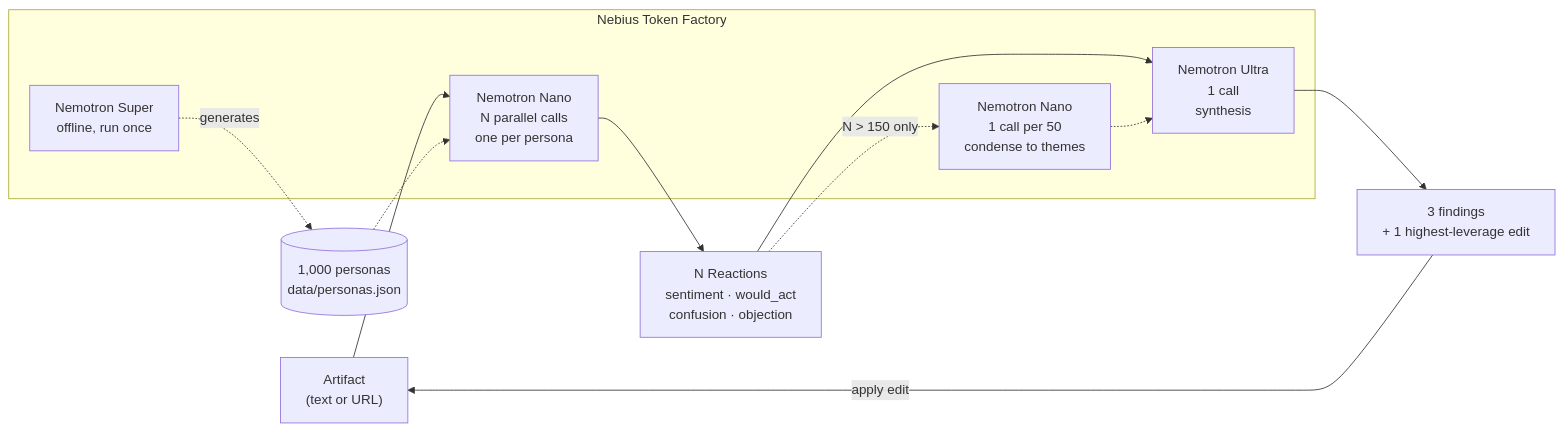
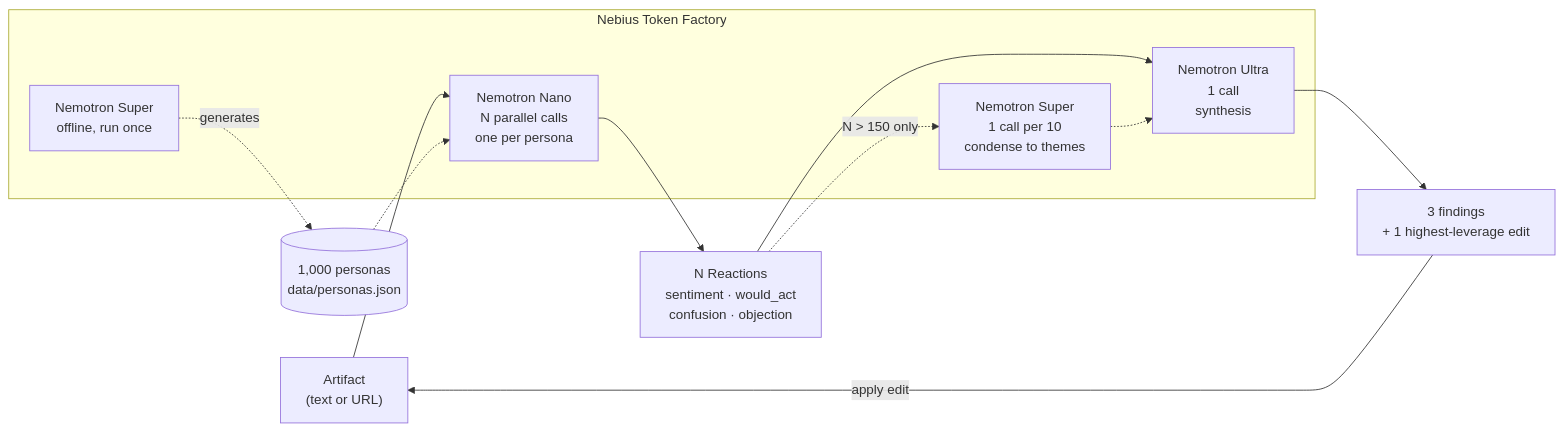
Before and after one commit to scottilee/panel: the diagram in README.md, drawn with Mermaid. The commit also changed other lines of this file and 9 other files, not shown here.

````diff
--- a/README.md
+++ b/README.md
@@ -33,21 +33,21 @@
 ```mermaid
 flowchart LR
     A["Artifact<br/>(text or URL)"] --> B["Nemotron Nano<br/>N parallel calls<br/>one per persona"]
     B --> C["N Reactions<br/>sentiment · would_act<br/>confusion · objection"]
     C --> D["Nemotron Ultra<br/>1 call<br/>synthesis"]
     D --> E["3 findings<br/>+ 1 highest-leverage edit"]
     E -->|"apply edit"| A
 
-    C -. "N > 150 only" .-> H["Nemotron Nano<br/>1 call per 50<br/>condense to themes"]
+    C -. "N > 150 only" .-> H["Nemotron Super<br/>1 call per 10<br/>condense to themes"]
     H -.-> D
 
     F["Nemotron Super<br/>offline, run once"] -.->|"generates"| G[("1,000 personas<br/>data/personas.json")]
     G -.-> B
 
     subgraph TF["Nebius Token Factory"]
         B
         D
         F
         H
     end
 ```
````
